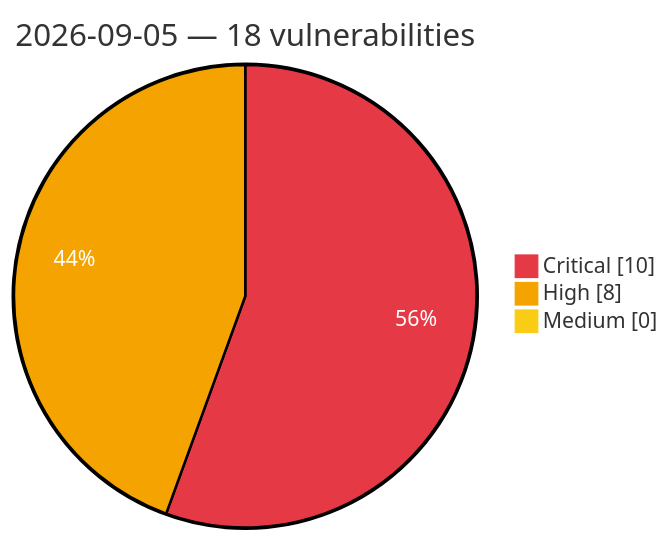
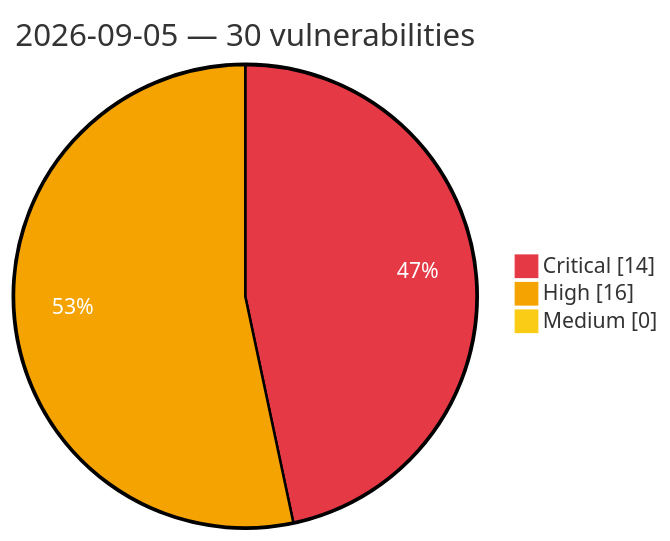
The diagram in vulnerabilities/2026/September/2026-09-05.md (GhostX0X/vuln-tracker), drawn with Mermaid before and after one commit. The commit also changed other lines of this file and 5 other files, not shown here.

Commit message:
Auto update: critical/high vulns (2026-09-05 15:12 UTC)

````diff
--- a/vulnerabilities/2026/September/2026-09-05.md
+++ b/vulnerabilities/2026/September/2026-09-05.md
@@ -3,8 +3,8 @@
 ```mermaid
 %%{init: {'theme':'base', 'themeVariables': {'pie1':'#e63946', 'pie2':'#f4a300', 'pie3':'#facc15', 'pieOpacity':'1', 'pieOuterStrokeWidth':'2px', 'pieSectionTextColor':'#ffffff'}}}%%
 pie showData
-    title 2026-09-05 — 18 vulnerabilities
-    "Critical" : 10
-    "High" : 8
+    title 2026-09-05 — 30 vulnerabilities
+    "Critical" : 14
+    "High" : 16
     "Medium" : 0
 ```
````
